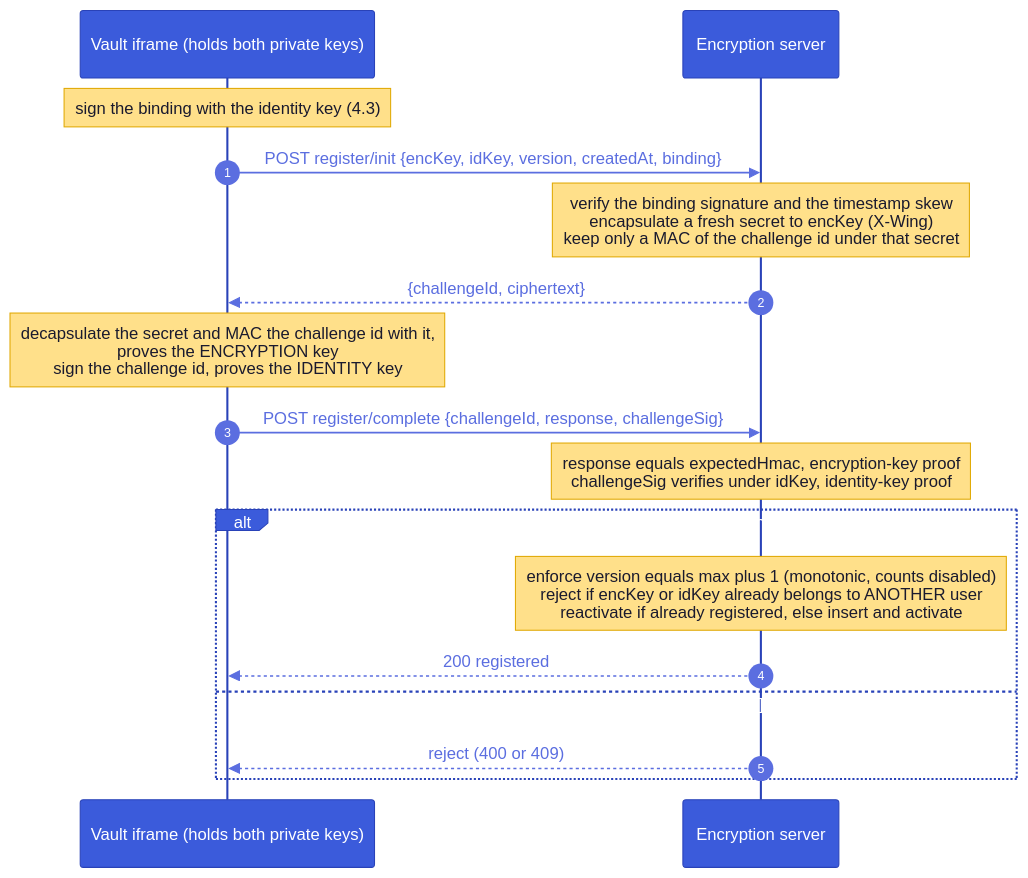
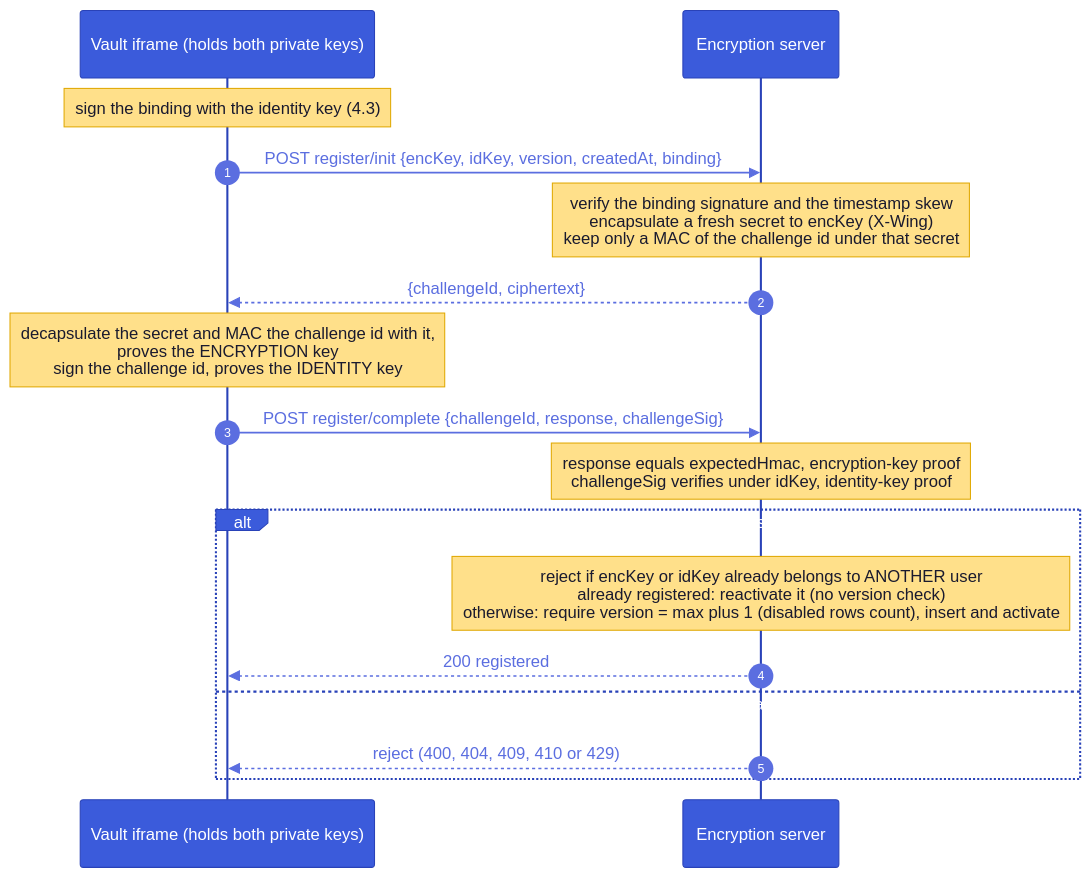
One commit to suitenumerique/encryption changed the ninth of 23 diagrams in architecture.md. Above: the diagram before and after it, drawn with Mermaid. The commit also changed other lines of this file and 12 other files, not shown here.

````diff
--- a/architecture.md
+++ b/architecture.md
@@ -742,20 +766,20 @@
 ```mermaid
-%%{init: {'theme':'base','themeVariables':{'actorBkg':'#3b5bdb','actorTextColor':'#fff','actorBorder':'#2942b8','signalColor':'#5b6ee0','signalTextColor':'#5b6ee0','noteBkgColor':'#ffe08a','noteTextColor':'#1a1a2e','noteBorderColor':'#e0a800','sequenceNumberColor':'#fff'}}}%%
+%%{init: {'theme':'base','look':'classic','themeVariables':{'actorBkg':'#3b5bdb','actorTextColor':'#fff','actorBorder':'#2942b8','signalColor':'#5b6ee0','signalTextColor':'#5b6ee0','noteBkgColor':'#ffe08a','noteTextColor':'#1a1a2e','noteBorderColor':'#e0a800','sequenceNumberColor':'#fff'}}}%%
 sequenceDiagram
   autonumber
   participant V as Vault iframe (holds both private keys)
   participant API as Encryption server
   Note over V: sign the binding with the identity key (4.3)
   V->>API: POST register/init {encKey, idKey, version, createdAt, binding}
   Note over API: verify the binding signature and the timestamp skew<br/>encapsulate a fresh secret to encKey (X-Wing)<br/>keep only a MAC of the challenge id under that secret
   API-->>V: {challengeId, ciphertext}
   Note over V: decapsulate the secret and MAC the challenge id with it,<br/>proves the ENCRYPTION key<br/>sign the challenge id, proves the IDENTITY key
   V->>API: POST register/complete {challengeId, response, challengeSig}
   Note over API: response equals expectedHmac, encryption-key proof<br/>challengeSig verifies under idKey, identity-key proof
   alt both proofs pass and the record is coherent
-    Note over API: enforce version equals max plus 1 (monotonic, counts disabled)<br/>reject if encKey or idKey already belongs to ANOTHER user<br/>reactivate if already registered, else insert and activate
+    Note over API: reject if encKey or idKey already belongs to ANOTHER user<br/>already registered: reactivate it (no version check)<br/>otherwise: require version = max plus 1 (disabled rows count), insert and activate
     API-->>V: 200 registered
   else a proof fails or the key is already taken
-    API-->>V: reject (400 or 409)
+    API-->>V: reject (400, 404, 409, 410 or 429)
   end
 ```
````
